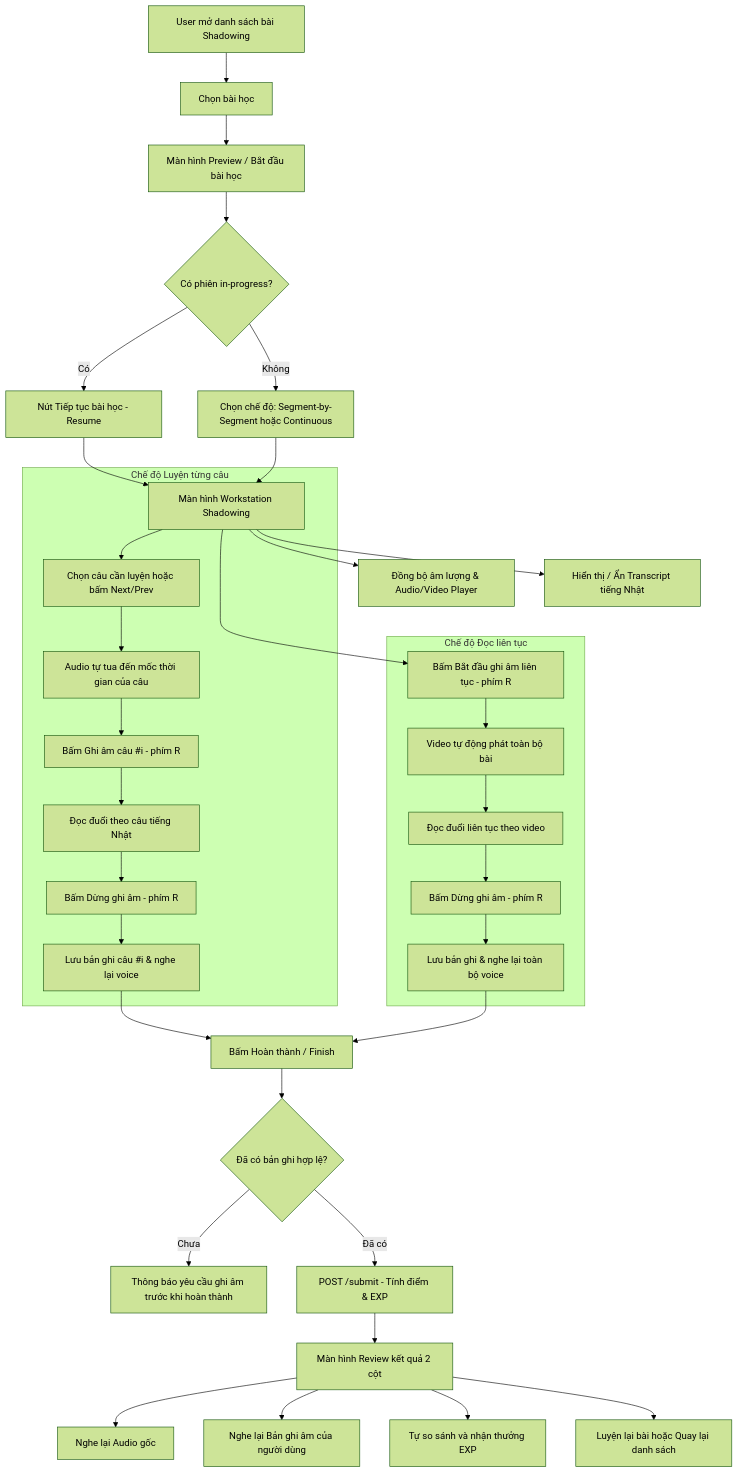
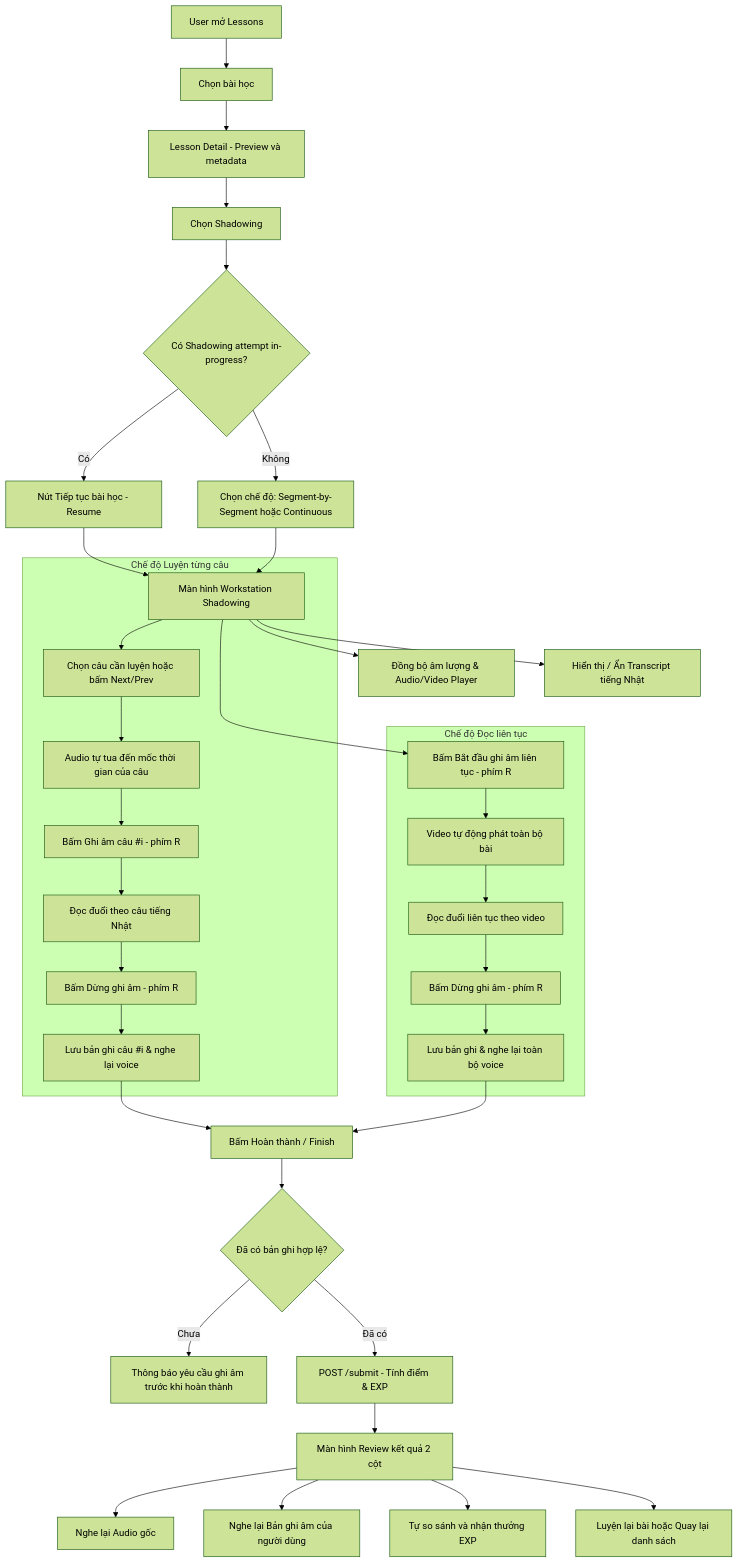
The fifth of 14 diagrams in docs/03-user-flow.md (mrthinh307/kaiwa-up), drawn with Mermaid (forest theme) before and after one commit. The commit also changed other lines of this file and 1 other file, not shown here.

Commit message:
docs(api): add completion counts for shadowing and dictation attempts

````diff
--- a/docs/03-user-flow.md
+++ b/docs/03-user-flow.md
@@ -165,44 +170,45 @@
 ```mermaid
 flowchart TD
-    A[User mở danh sách bài Shadowing] --> B[Chọn bài học]
-    B --> C[Màn hình Preview / Bắt đầu bài học]
+    A[User mở Lessons] --> B[Chọn bài học]
+    B --> C[Lesson Detail - Preview và metadata]
+    C --> C1[Chọn Shadowing]
 
-    C --> D{Có phiên in-progress?}
+    C1 --> D{Có Shadowing attempt in-progress?}
     D -- Có --> E[Nút Tiếp tục bài học - Resume]
     D -- Không --> F[Chọn chế độ: Segment-by-Segment hoặc Continuous]
     E --> G[Màn hình Workstation Shadowing]
     F --> G
 
     G --> H[Đồng bộ âm lượng & Audio/Video Player]
     G --> I[Hiển thị / Ẩn Transcript tiếng Nhật]
 
     subgraph SegmentPractice [Chế độ Luyện từng câu]
         G --> J1[Chọn câu cần luyện hoặc bấm Next/Prev]
         J1 --> K1[Audio tự tua đến mốc thời gian của câu]
         K1 --> L1[Bấm Ghi âm câu #i - phím R]
         L1 --> M1[Đọc đuổi theo câu tiếng Nhật]
         M1 --> N1[Bấm Dừng ghi âm - phím R]
         N1 --> O1[Lưu bản ghi câu #i & nghe lại voice]
     end
 
     subgraph ContinuousPractice [Chế độ Đọc liên tục]
         G --> J2[Bấm Bắt đầu ghi âm liên tục - phím R]
         J2 --> K2[Video tự động phát toàn bộ bài]
         K2 --> L2[Đọc đuổi liên tục theo video]
         L2 --> M2[Bấm Dừng ghi âm - phím R]
         M2 --> N2[Lưu bản ghi & nghe lại toàn bộ voice]
     end
 
     O1 --> P[Bấm Hoàn thành / Finish]
     N2 --> P
 
     P --> Q{Đã có bản ghi hợp lệ?}
     Q -- Chưa --> R[Thông báo yêu cầu ghi âm trước khi hoàn thành]
     Q -- Đã có --> S[POST /submit - Tính điểm & EXP]
 
     S --> T[Màn hình Review kết quả 2 cột]
     T --> U[Nghe lại Audio gốc]
     T --> V[Nghe lại Bản ghi âm của người dùng]
     T --> W[Tự so sánh và nhận thưởng EXP]
     T --> X[Luyện lại bài hoặc Quay lại danh sách]
 ```
````
